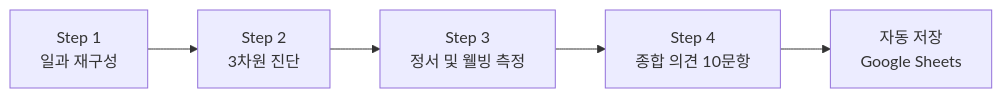
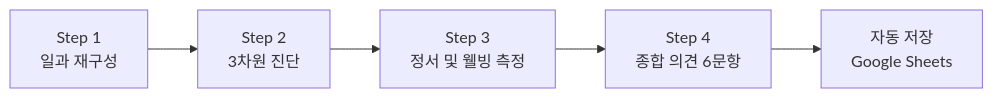
The second of 2 diagrams in README.md (edu-data/DRM), drawn with Mermaid before and after one commit. The commit also changed other lines of this file, not shown here.

````diff
--- a/README.md
+++ b/README.md
@@ -172,7 +206,7 @@
 ```mermaid
 flowchart LR
   A[Step 1<br/>일과 재구성] --> B[Step 2<br/>3차원 진단]
   B --> C[Step 3<br/>정서 및 웰빙 측정]
-  C --> D[Step 4<br/>종합 의견 10문항]
+  C --> D[Step 4<br/>종합 의견 6문항]
   D --> E[자동 저장<br/>Google Sheets]
 ```
````
